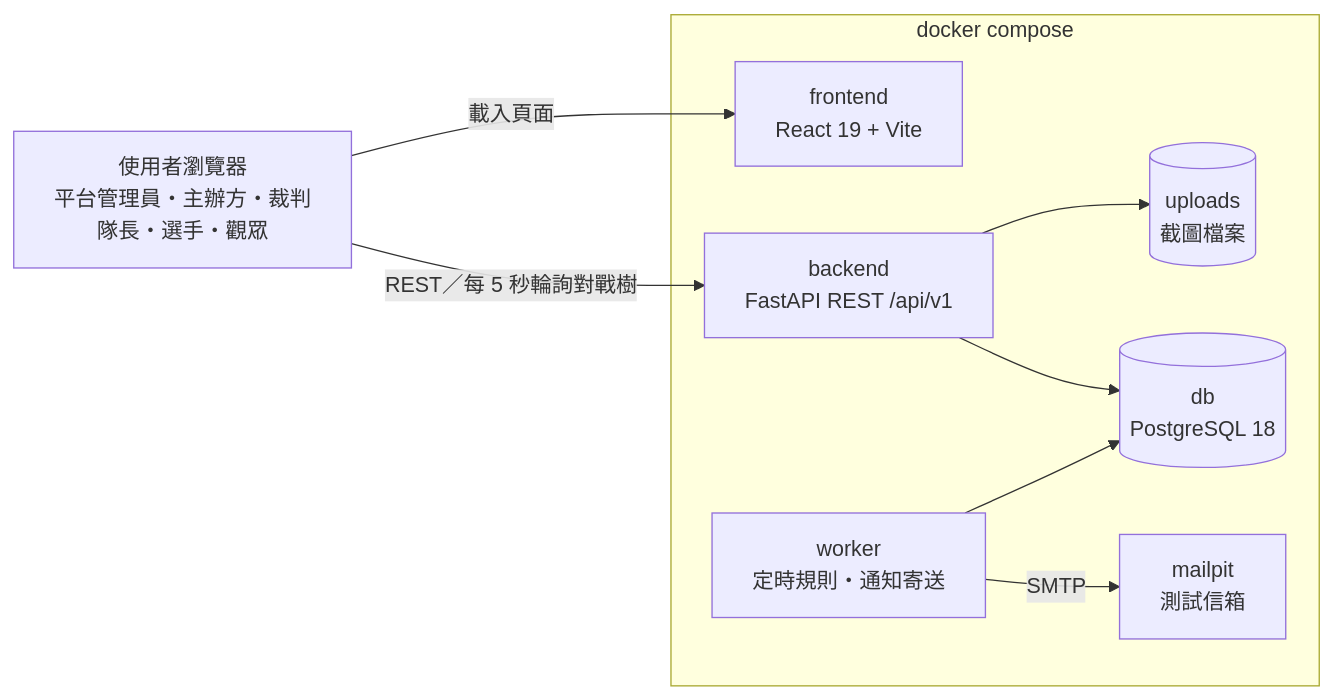
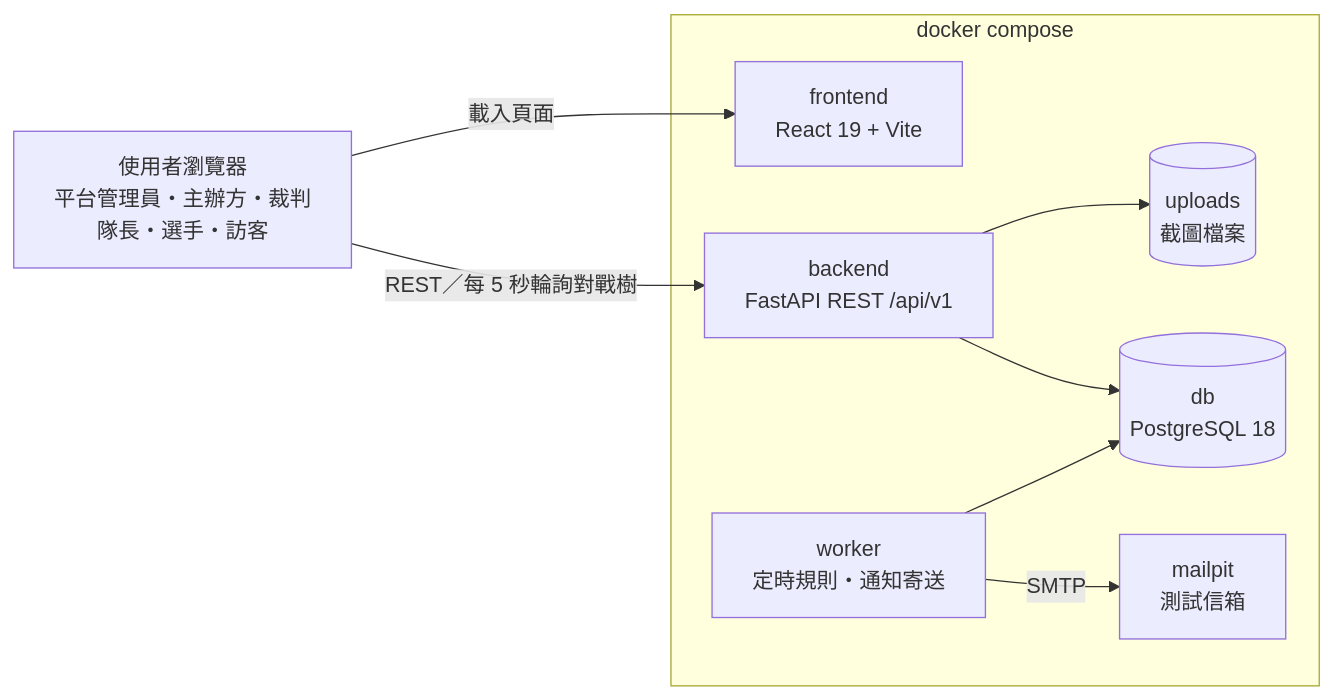
The first of 6 diagrams in docs/midterm/C-軟體設計文件.md (Team14good/esport-platform), drawn with Mermaid before and after one commit. The commit also changed other lines of this file and 23 other files, not shown here.

First line of the commit message:
docs: 依 PR #84 修訂版與審查意見修正 B 使用案例圖 (#85)

````diff
--- a/docs/midterm/C-軟體設計文件.md
+++ b/docs/midterm/C-軟體設計文件.md
@@ -41,18 +42,18 @@
 ```mermaid
 flowchart LR
-  user["使用者瀏覽器<br/>平台管理員・主辦方・裁判<br/>隊長・選手・觀眾"]
+  user["使用者瀏覽器<br/>平台管理員・主辦方・裁判<br/>隊長・選手・訪客"]
   subgraph compose["docker compose"]
     fe["frontend<br/>React 19 + Vite"]
     be["backend<br/>FastAPI REST /api/v1"]
     wk["worker<br/>定時規則・通知寄送"]
     db[("db<br/>PostgreSQL 18")]
     up[("uploads<br/>截圖檔案")]
     mp["mailpit<br/>測試信箱"]
   end
   user -->|載入頁面| fe
   user -->|"REST／每 5 秒輪詢對戰樹"| be
   be --> up
   be --> db
   wk --> db
   wk -->|SMTP| mp
 ```
````
